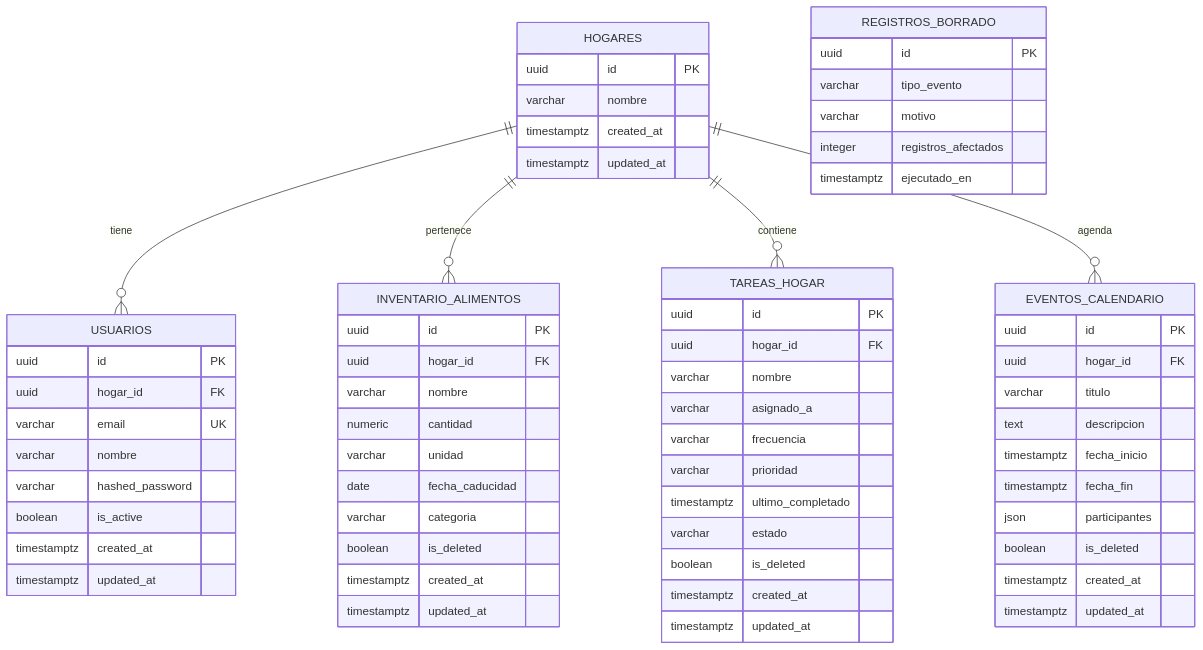
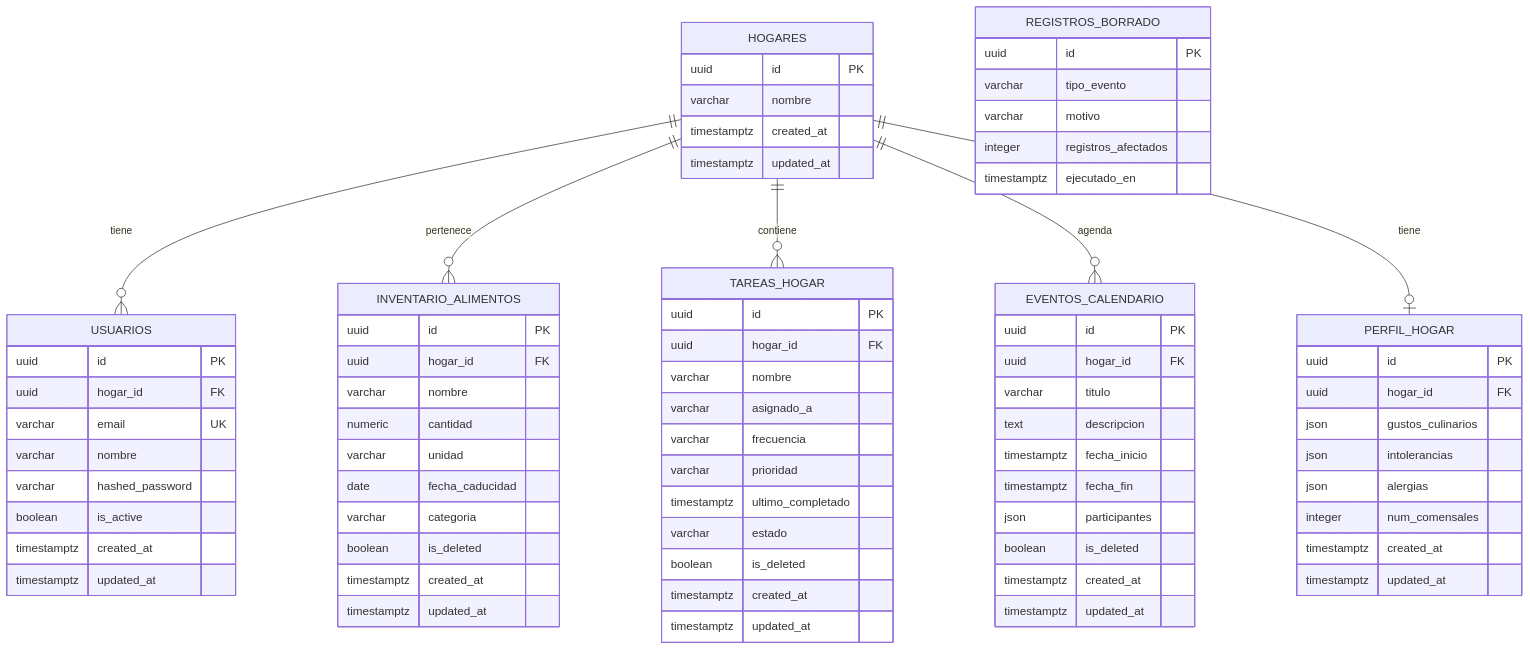
Before and after one commit to wallytown1/AsistenteHogar: the diagram in 01_CONTEXTO_Y_ARQUITECTURA_APP.md, drawn with Mermaid. The commit also changed other lines of this file and 8 other files, not shown here.

```diff
--- a/01_CONTEXTO_Y_ARQUITECTURA_APP.md
+++ b/01_CONTEXTO_Y_ARQUITECTURA_APP.md
@@ -76,10 +76,22 @@
     HOGARES ||--o{ INVENTARIO_ALIMENTOS : pertenece
     HOGARES ||--o{ TAREAS_HOGAR : contiene
     HOGARES ||--o{ EVENTOS_CALENDARIO : agenda
+    HOGARES ||--o| PERFIL_HOGAR : tiene
 
     HOGARES {
         uuid id PK
         varchar nombre
+        timestamptz created_at
+        timestamptz updated_at
+    }
+
+    PERFIL_HOGAR {
+        uuid id PK
+        uuid hogar_id FK
+        json gustos_culinarios
+        json intolerancias
+        json alergias
+        integer num_comensales
         timestamptz created_at
         timestamptz updated_at
     }
```
